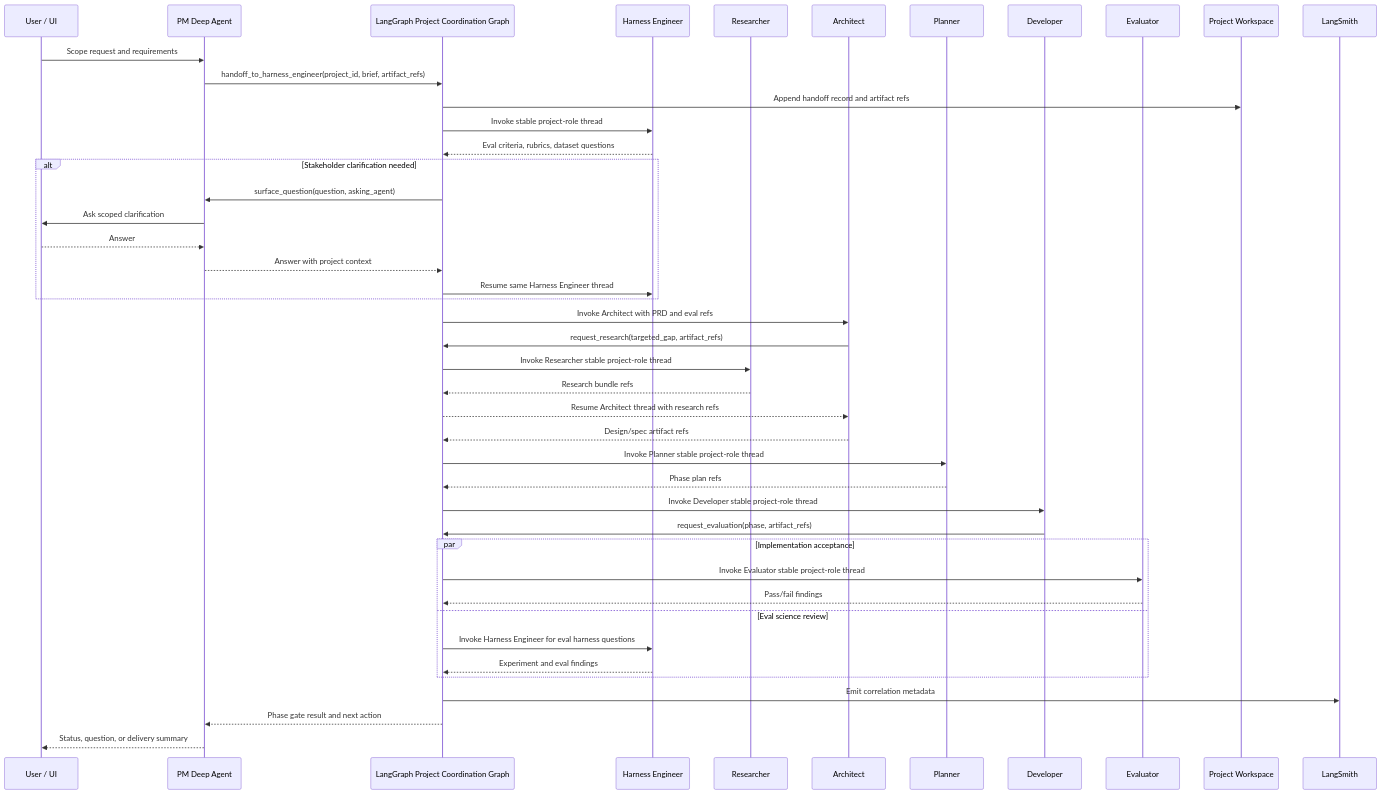
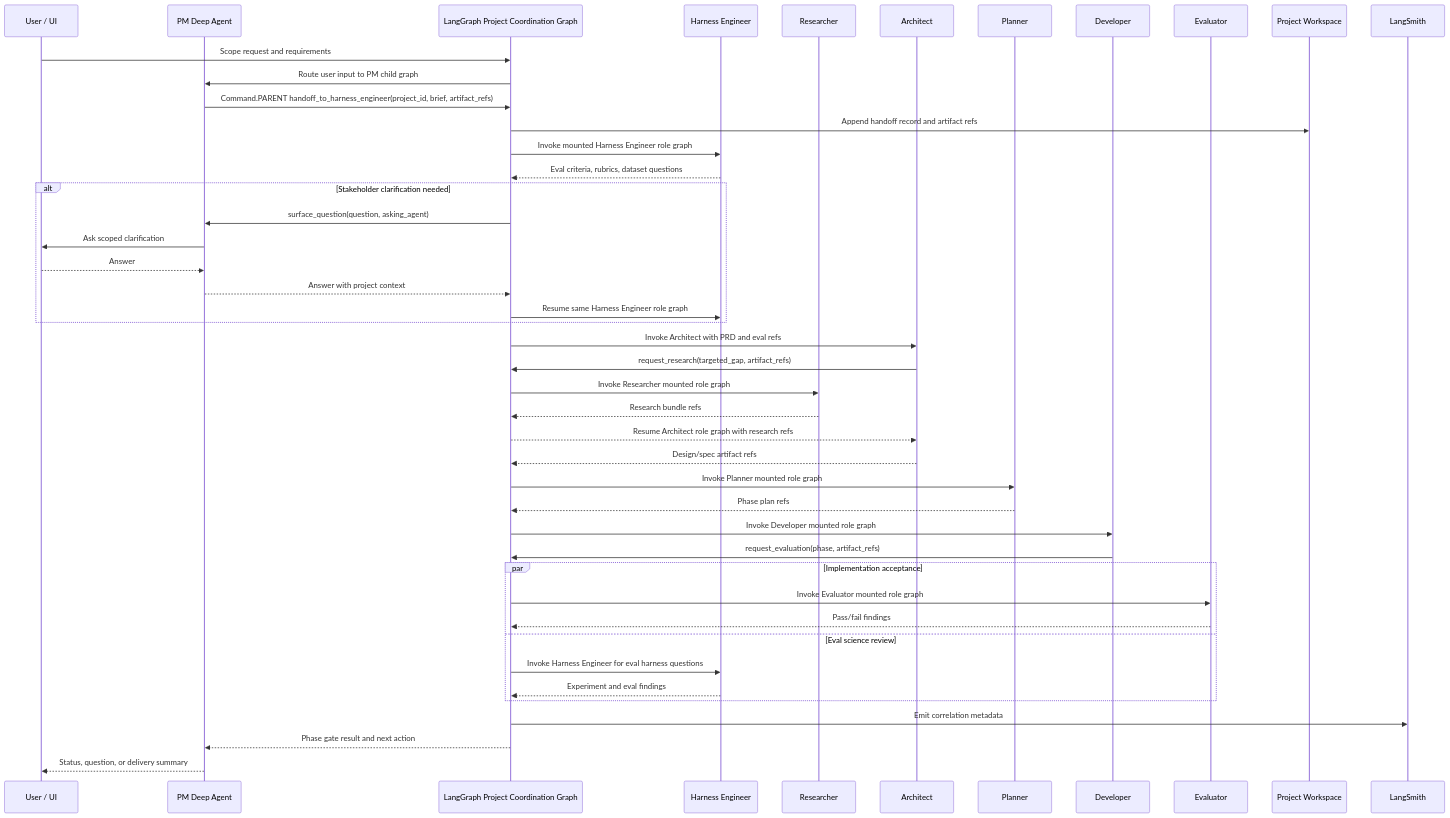
The second of 2 diagrams in meta_harness/AD.md (ASTXRTYS/meta-agent-v5.6.0), drawn with Mermaid before and after one commit. The commit also changed other lines of this file and 5 other files, not shown here.

Commit message:
refactor(arch): remove legacy team-pitch workflow and v0.5 AGENTS.md, expand Meta Harness AD with mounted child graph topology, parent-mediated handoff protocol, and checkpoint namespace isolation

````diff
--- a/meta_harness/AD.md
+++ b/meta_harness/AD.md
@@ -563,51 +590,52 @@
 ```mermaid
 sequenceDiagram
     participant User as User / UI
     participant PM as PM Deep Agent
     participant PCG as LangGraph Project Coordination Graph
     participant HE as Harness Engineer
     participant R as Researcher
     participant A as Architect
     participant PL as Planner
     participant D as Developer
     participant E as Evaluator
     participant FS as Project Workspace
     participant LS as LangSmith
 
-    User->>PM: Scope request and requirements
-    PM->>PCG: handoff_to_harness_engineer(project_id, brief, artifact_refs)
+    User->>PCG: Scope request and requirements
+    PCG->>PM: Route user input to PM child graph
+    PM->>PCG: Command.PARENT handoff_to_harness_engineer(project_id, brief, artifact_refs)
     PCG->>FS: Append handoff record and artifact refs
-    PCG->>HE: Invoke stable project-role thread
+    PCG->>HE: Invoke mounted Harness Engineer role graph
     HE-->>PCG: Eval criteria, rubrics, dataset questions
 
     alt Stakeholder clarification needed
         PCG->>PM: surface_question(question, asking_agent)
         PM->>User: Ask scoped clarification
         User-->>PM: Answer
         PM-->>PCG: Answer with project context
-        PCG->>HE: Resume same Harness Engineer thread
+        PCG->>HE: Resume same Harness Engineer role graph
     end
 
     PCG->>A: Invoke Architect with PRD and eval refs
     A->>PCG: request_research(targeted_gap, artifact_refs)
-    PCG->>R: Invoke Researcher stable project-role thread
+    PCG->>R: Invoke Researcher mounted role graph
     R-->>PCG: Research bundle refs
-    PCG-->>A: Resume Architect thread with research refs
+    PCG-->>A: Resume Architect role graph with research refs
     A-->>PCG: Design/spec artifact refs
-    PCG->>PL: Invoke Planner stable project-role thread
+    PCG->>PL: Invoke Planner mounted role graph
     PL-->>PCG: Phase plan refs
-    PCG->>D: Invoke Developer stable project-role thread
+    PCG->>D: Invoke Developer mounted role graph
     D->>PCG: request_evaluation(phase, artifact_refs)
 
     par Implementation acceptance
-        PCG->>E: Invoke Evaluator stable project-role thread
+        PCG->>E: Invoke Evaluator mounted role graph
         E-->>PCG: Pass/fail findings
     and Eval science review
         PCG->>HE: Invoke Harness Engineer for eval harness questions
         HE-->>PCG: Experiment and eval findings
     end
 
     PCG->>LS: Emit correlation metadata
     PCG-->>PM: Phase gate result and next action
     PM-->>User: Status, question, or delivery summary
 ```
````
